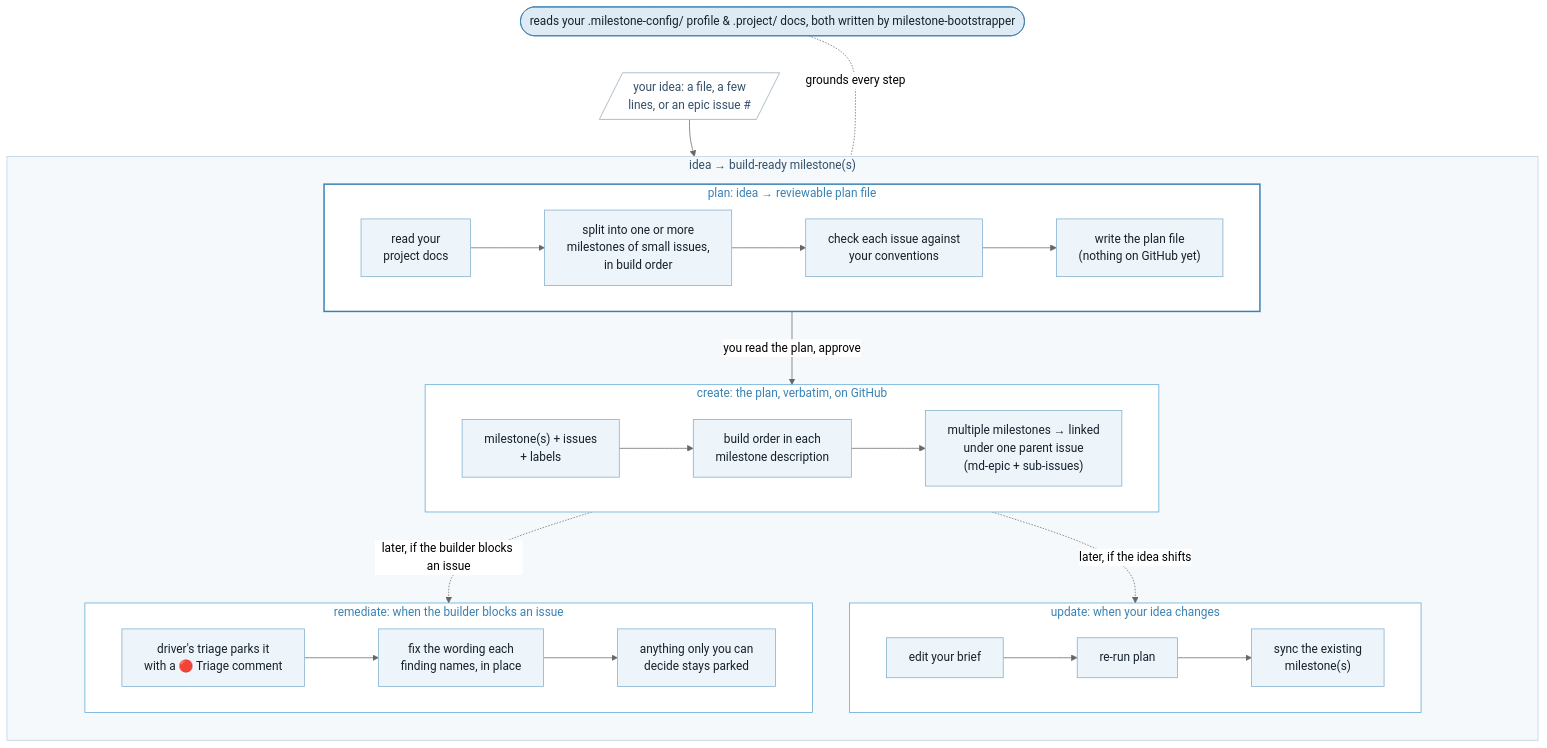
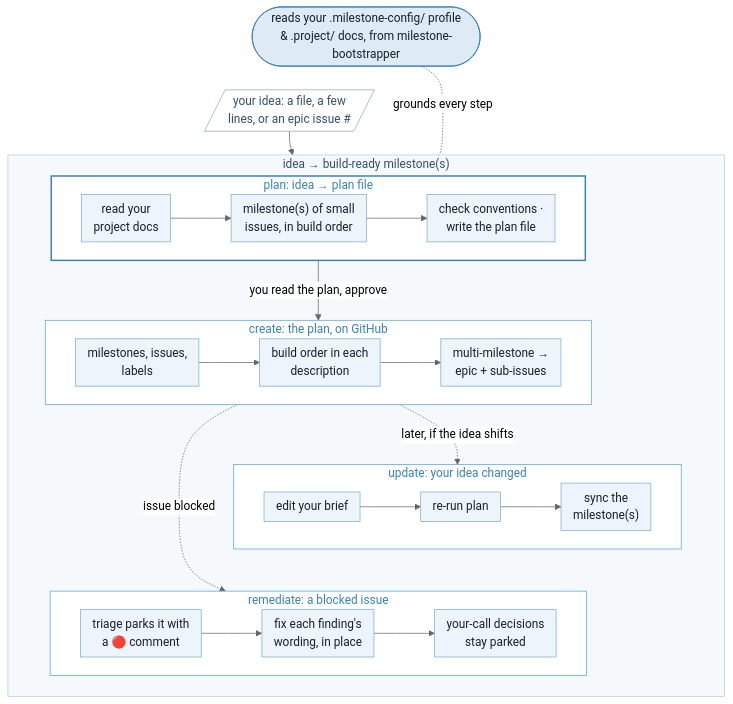
Before and after one commit to kenmulford/milestone-feeder: the diagram in README.md, drawn with Mermaid (neutral theme).

Commit message:
docs(readme): make the flowchart mobile-friendly - compact 3-node rows, no wide ribbon
wrappingWidth 900 and long single-line labels rendered a ~1000-1900px
ribbon that scales to unreadable text on a phone; the suite chart's
vertical node stacks read as a tunnel. Every subgraph is now an
internal LR row of at most 3 compact nodes, labels wrap at 280,
spacing tightened. Structure, edges, and styling semantics unchanged.

````diff
--- a/README.md
+++ b/README.md
@@ -25,45 +25,46 @@
 ```mermaid
-%%{init: {"flowchart": {"wrappingWidth": 900}} }%%
+%%{init: {"flowchart": {"wrappingWidth": 280, "nodeSpacing": 30, "rankSpacing": 32, "padding": 8}} }%%
 flowchart TD
-    cfg(["reads your .milestone-config/ profile &amp; .project/ docs, both written by milestone-bootstrapper"])
+    cfg(["reads your .milestone-config/ profile<br/>&amp; .project/ docs, from milestone-bootstrapper"])
 
     input[/"your idea: a file, a few<br/>lines, or an epic issue #"/]
 
     subgraph loop ["idea → build-ready milestone(s)"]
         direction TB
-        subgraph sgP ["plan: idea → reviewable plan file"]
+        subgraph sgP ["plan: idea → plan file"]
             direction LR
-            p1["read your<br/>project docs"] --> p2["split into one or more<br/>milestones of small issues,<br/>in build order"] --> p3["check each issue against<br/>your conventions"] --> p4["write the plan file<br/>(nothing on GitHub yet)"]
+            p1["read your<br/>project docs"] --> p2["milestone(s) of small<br/>issues, in build order"] --> p3["check conventions ·<br/>write the plan file"]
         end
-        subgraph sgC ["create: the plan, verbatim, on GitHub"]
+        subgraph sgC ["create: the plan, on GitHub"]
             direction LR
-            c1["milestone(s) + issues<br/>+ labels"] --> c2["build order in each<br/>milestone description"] --> c3["multiple milestones → linked<br/>under one parent issue<br/>(md-epic + sub-issues)"]
+            c1["milestones, issues,<br/>labels"] --> c2["build order in each<br/>description"] --> c3["multi-milestone →<br/>epic + sub-issues"]
         end
-        subgraph sgUp ["update: when your idea changes"]
+        subgraph sgUp ["update: your idea changed"]
             direction LR
-            up1["edit your brief"] --> up2["re-run plan"] --> up3["sync the existing<br/>milestone(s)"]
+            up1["edit your brief"] --> up2["re-run plan"] --> up3["sync the<br/>milestone(s)"]
         end
-        subgraph sgR ["remediate: when the builder blocks an issue"]
+        subgraph sgR ["remediate: a blocked issue"]
             direction LR
-            r1["driver's triage parks it<br/>with a 🔴 Triage comment"] --> r2["fix the wording each<br/>finding names, in place"] --> r3["anything only you can<br/>decide stays parked"]
+            r1["triage parks it with<br/>a 🔴 comment"] --> r2["fix each finding's<br/>wording, in place"] --> r3["your-call decisions<br/>stay parked"]
         end
 
         sgP -->|you read the plan, approve| sgC
         sgC -.->|later, if the idea shifts| sgUp
-        sgC -.->|later, if the builder blocks an issue| sgR
+        sgC -.->|issue blocked| sgR
+        sgUp ~~~ sgR
     end
 
     cfg ~~~ input
     input --> sgP
     cfg <-.-|grounds every step| loop
 
     style cfg fill:#DEEBF5,stroke:#3A82B4,color:#15212B
     style input fill:#FFFFFF,stroke:#94A9B8,color:#33506B
     style loop fill:#F5F9FC,stroke:#B9CFDF,color:#33506B
     style sgP fill:#FFFFFF,stroke:#3A82B4,stroke-width:2px,color:#3A82B4
     style sgC fill:#FFFFFF,stroke:#5AA6D4,color:#3A82B4
     style sgUp fill:#FFFFFF,stroke:#5AA6D4,color:#3A82B4
     style sgR fill:#FFFFFF,stroke:#5AA6D4,color:#3A82B4
     classDef action fill:#EDF4FA,stroke:#7FAECE,color:#15212B
-    class p1,p2,p3,p4,c1,c2,c3,up1,up2,up3,r1,r2,r3 action
+    class p1,p2,p3,c1,c2,c3,up1,up2,up3,r1,r2,r3 action
 ```
````
